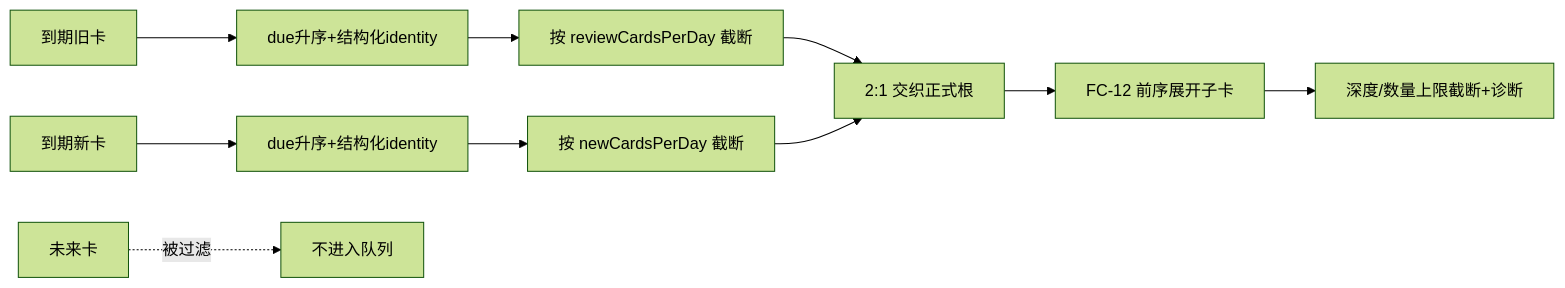
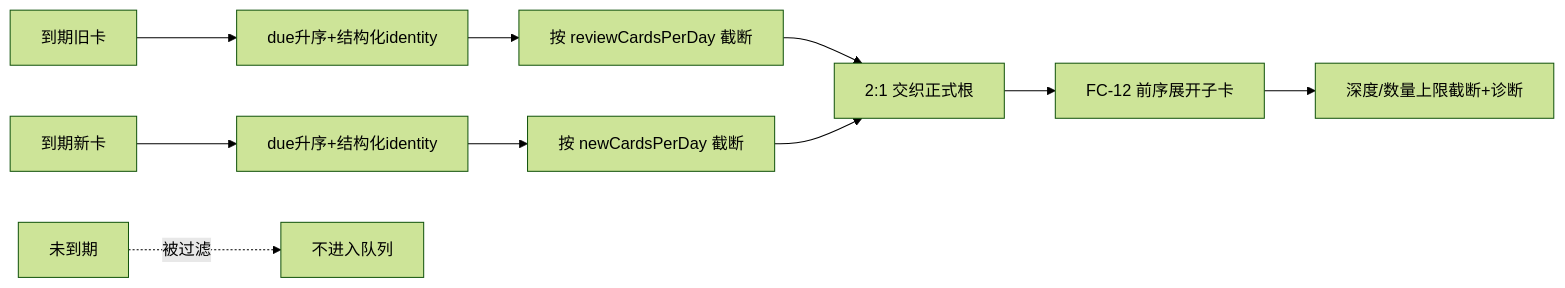
Before and after one commit to Samuelxiaozhuofeng/orca-srs-plugin: the diagram in 模块文档/SRS_复习队列管理.md, drawn with Mermaid (forest theme). The commit also changed other lines of this file and 37 other files, not shown here.

````diff
--- a/模块文档/SRS_复习队列管理.md
+++ b/模块文档/SRS_复习队列管理.md
@@ -116,12 +110,12 @@
 ```mermaid
 flowchart LR
     A[到期旧卡] --> S1[due升序+结构化identity]
     C[到期新卡] --> S2[due升序+结构化identity]
     S1 --> T[按 reviewCardsPerDay 截断]
     S2 --> U[按 newCardsPerDay 截断]
     T --> B[2:1 交织正式根]
     U --> B
     B --> E[FC-12 前序展开子卡]
     E --> F[深度/数量上限截断+诊断]
-    D[未来卡] -.被过滤.-> G[不进入队列]
+    D[未到期] -.被过滤.-> G[不进入队列]
 ```
````
